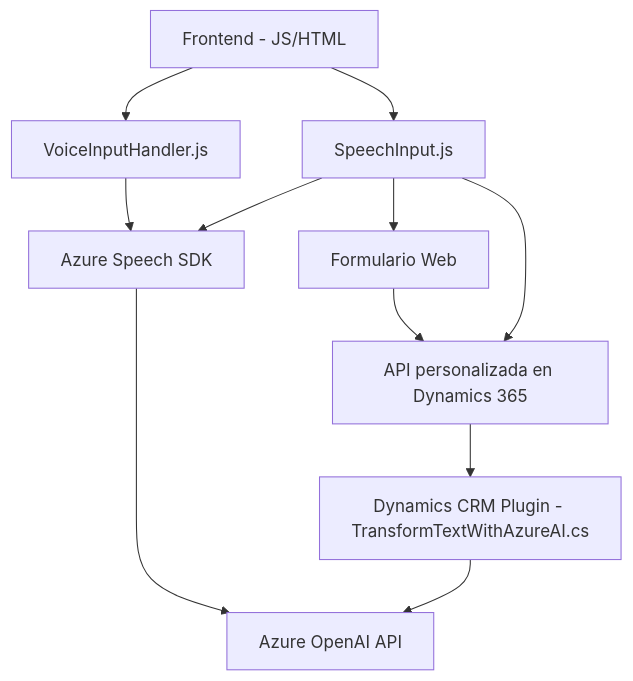
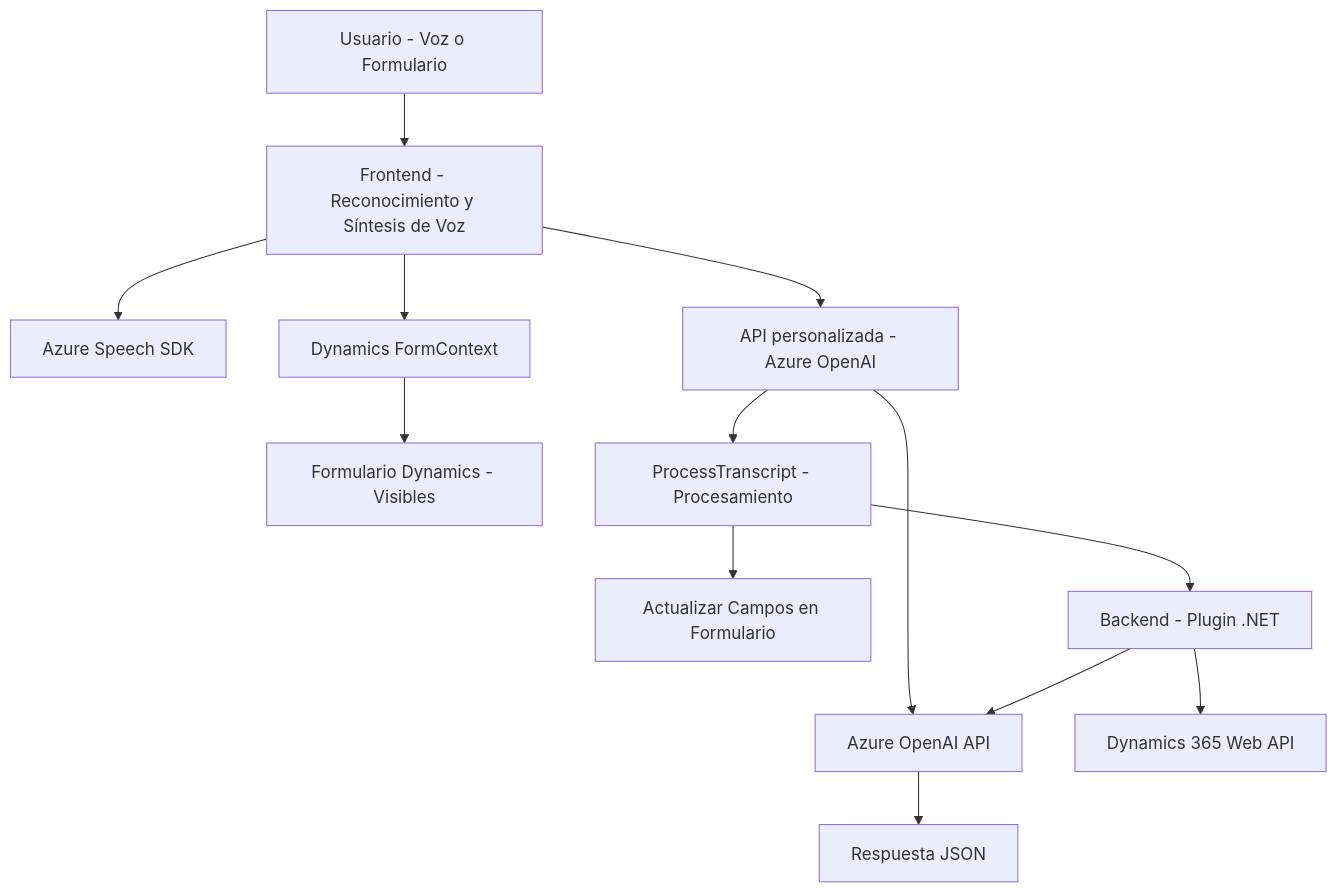
Before and after one commit to blopezdm/NETCORE_BILBAO2025: the diagram in README.md, drawn with Mermaid. The commit also changed other lines of this file, not shown here.

Commit message:
Actualizar análisis global de la solución con IA

````diff
--- a/README.md
+++ b/README.md
@@ -35,22 +42,15 @@
 ```mermaid
 graph TD
-    A[Frontend - JS/HTML]
-    B["VoiceInputHandler.js"]
-    C["SpeechInput.js"]
-    D[Azure Speech SDK]
-    E[Azure OpenAI API]
-    F[Dynamics CRM Plugin - TransformTextWithAzureAI.cs]
-    G[API personalizada en Dynamics 365]
-    H[Formulario Web]
-    
-    A --> B
-    A --> C
-    B --> D
-    C --> D
-    D --> E
-    C --> H
-    H --> G
-    C --> G
-    G --> F
-    F --> E
+    A["Usuario - Voz o Formulario"] --> B["Frontend - Reconocimiento y Síntesis de Voz"]
+    B --> C["Azure Speech SDK"]
+    B --> D["Dynamics FormContext"]
+    D --> E["Formulario Dynamics - Visibles"]
+    B --> F["API personalizada - Azure OpenAI"]
+    F --> G["Azure OpenAI API"]
+    G --> H["Respuesta JSON"]
+    F --> I["ProcessTranscript - Procesamiento"]
+    I --> J["Actualizar Campos en Formulario"]
+    I --> K["Backend - Plugin .NET"]
+    K --> L["Dynamics 365 Web API"]
+    K --> G
 ```
````
